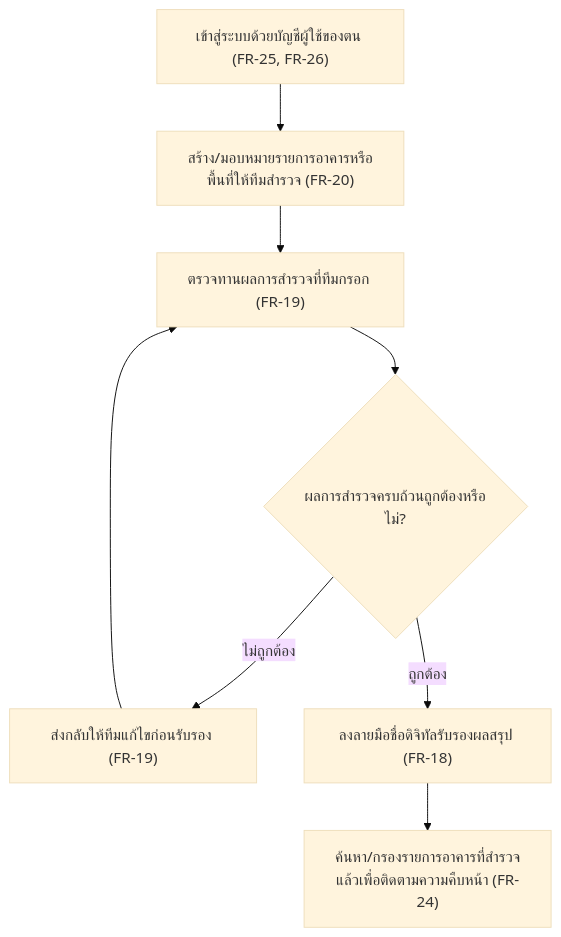
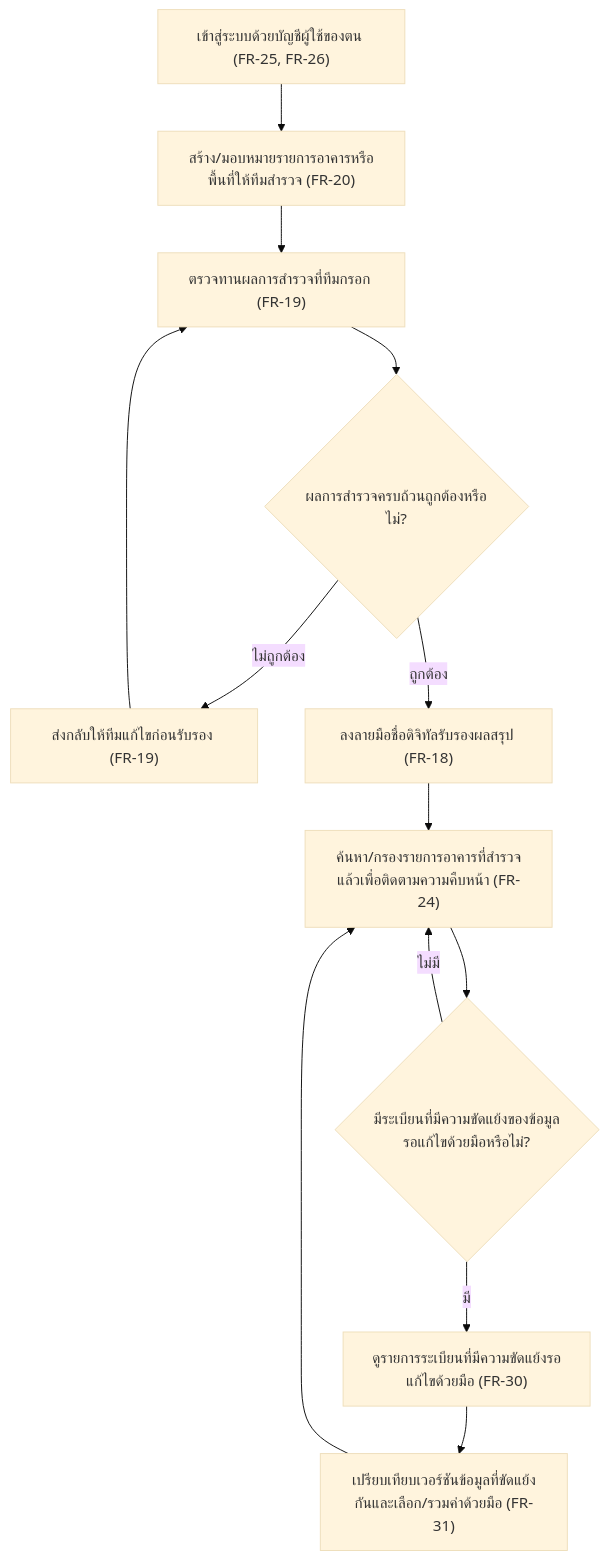
Before and after one commit to sirikorn-cmru/CrackAI-Field: the second of 4 diagrams in docs/02-design/user-journey.md, drawn with Mermaid (base theme). The commit also changed other lines of this file and 2 other files, not shown here.

````diff
--- a/docs/02-design/user-journey.md
+++ b/docs/02-design/user-journey.md
@@ -83,14 +83,20 @@
 ```mermaid
 flowchart TD
     A["เข้าสู่ระบบด้วยบัญชีผู้ใช้ของตน (FR-25, FR-26)"]
     B["สร้าง/มอบหมายรายการอาคารหรือพื้นที่ให้ทีมสำรวจ (FR-20)"]
     C["ตรวจทานผลการสำรวจที่ทีมกรอก (FR-19)"]
     D{"ผลการสำรวจครบถ้วนถูกต้องหรือไม่?"}
     E["ส่งกลับให้ทีมแก้ไขก่อนรับรอง (FR-19)"]
     F["ลงลายมือชื่อดิจิทัลรับรองผลสรุป (FR-18)"]
     G["ค้นหา/กรองรายการอาคารที่สำรวจแล้วเพื่อติดตามความคืบหน้า (FR-24)"]
+    H{"มีระเบียนที่มีความขัดแย้งของข้อมูลรอแก้ไขด้วยมือหรือไม่?"}
+    I["ดูรายการระเบียนที่มีความขัดแย้งรอแก้ไขด้วยมือ (FR-30)"]
+    J["เปรียบเทียบเวอร์ชันข้อมูลที่ขัดแย้งกันและเลือก/รวมค่าด้วยมือ (FR-31)"]
 
     A --> B --> C --> D
     D -->|ไม่ถูกต้อง| E --> C
     D -->|ถูกต้อง| F --> G
+    G --> H
+    H -->|มี| I --> J --> G
+    H -->|ไม่มี| G
 ```
````
